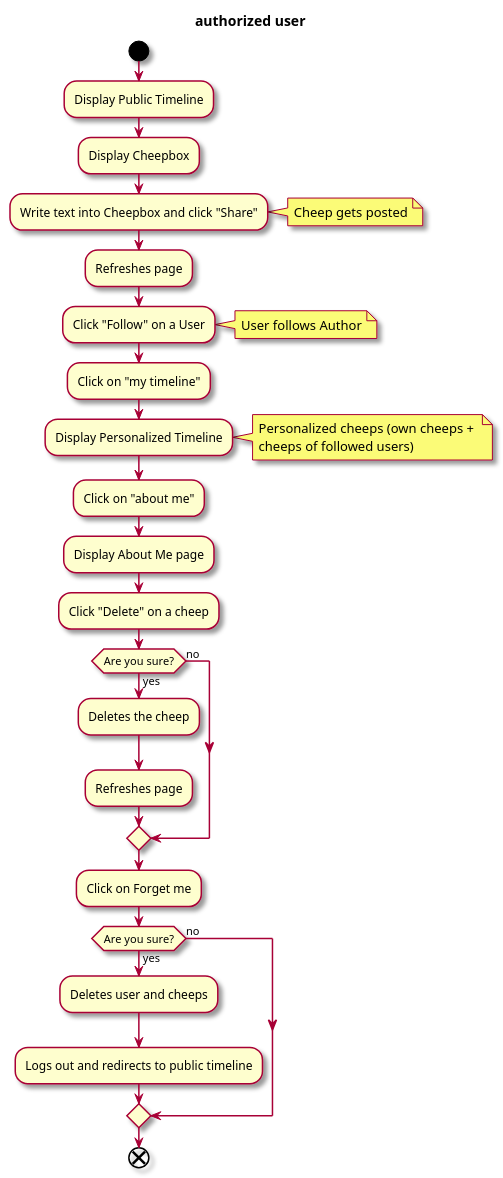
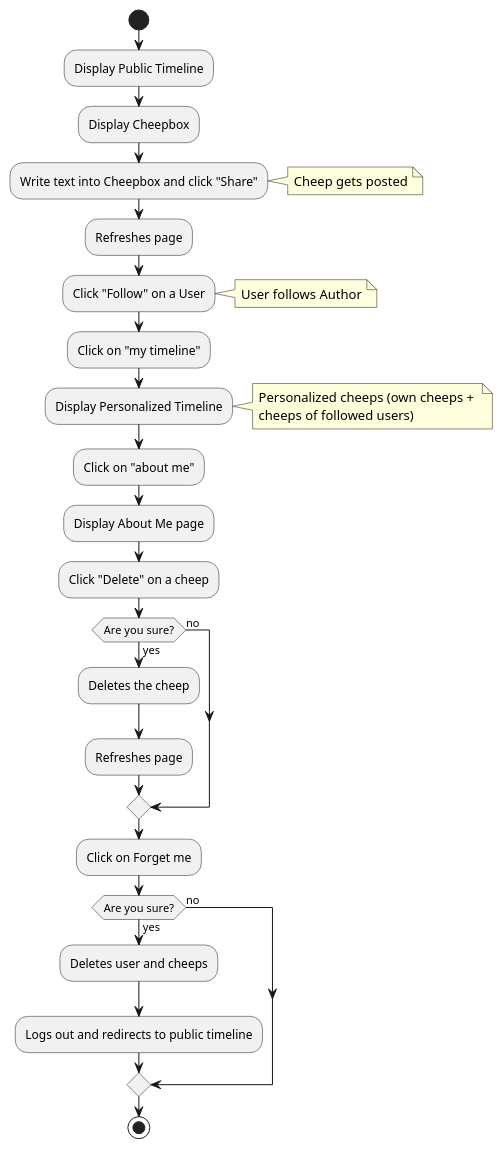
One commit to ITU-BDSA23-GROUP15/Chirp changed the diagram in docs/figures/user_activity_authenticated.puml. Above: the diagram before and after it, drawn with PlantUML. The commit also changed 11 other files, not shown here.

```diff
--- a/docs/figures/user_activity_authenticated.puml
+++ b/docs/figures/user_activity_authenticated.puml
@@ -1,39 +1,35 @@
 @startuml user_activity_authenticated
-skin rose
-
-title authorized user
-
 start
 :Display Public Timeline;
 :Display Cheepbox;
 :Write text into Cheepbox and click "Share"; 
 note right
     Cheep gets posted
 end note
 :Refreshes page;
 :Click "Follow" on a User;
 note right
     User follows Author
 end note
 :Click on "my timeline";
 :Display Personalized Timeline;
 note right
     Personalized cheeps (own cheeps + 
     cheeps of followed users)
 end note
 :Click on "about me";
 :Display About Me page;
 :Click "Delete" on a cheep;
 if (Are you sure?) then (yes)
     :Deletes the cheep;
     :Refreshes page;
 else (no)
 endif
 :Click on Forget me;
 if (Are you sure?) then (yes)
     :Deletes user and cheeps;
     :Logs out and redirects to public timeline;
 else (no)
 endif
-end
+stop
 @enduml
```
